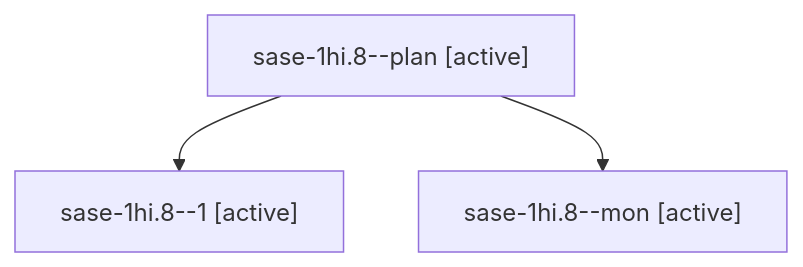
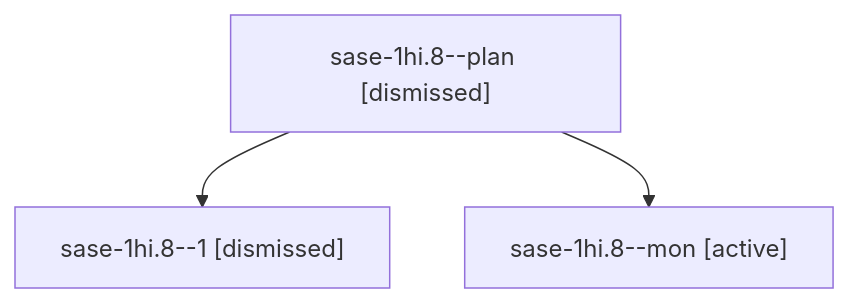
One commit to sase-org/sase--agents changed the diagram in sessions/bbugyi200.apollo.sase-1hi.8.md. Above: the diagram before and after it, drawn with Mermaid. The commit also changed other lines of this file and 259 other files, not shown here.

````diff
--- a/sessions/bbugyi200.apollo.sase-1hi.8.md
+++ b/sessions/bbugyi200.apollo.sase-1hi.8.md
@@ -9,8 +9,8 @@
 ```mermaid
 flowchart TD
-  n0["sase-1hi.8--plan [active]"]
-  n1["sase-1hi.8--1 [active]"]
+  n0["sase-1hi.8--plan [dismissed]"]
+  n1["sase-1hi.8--1 [dismissed]"]
   n0 --> n1
   n2["sase-1hi.8--mon [active]"]
   n0 --> n2
 ```
````
